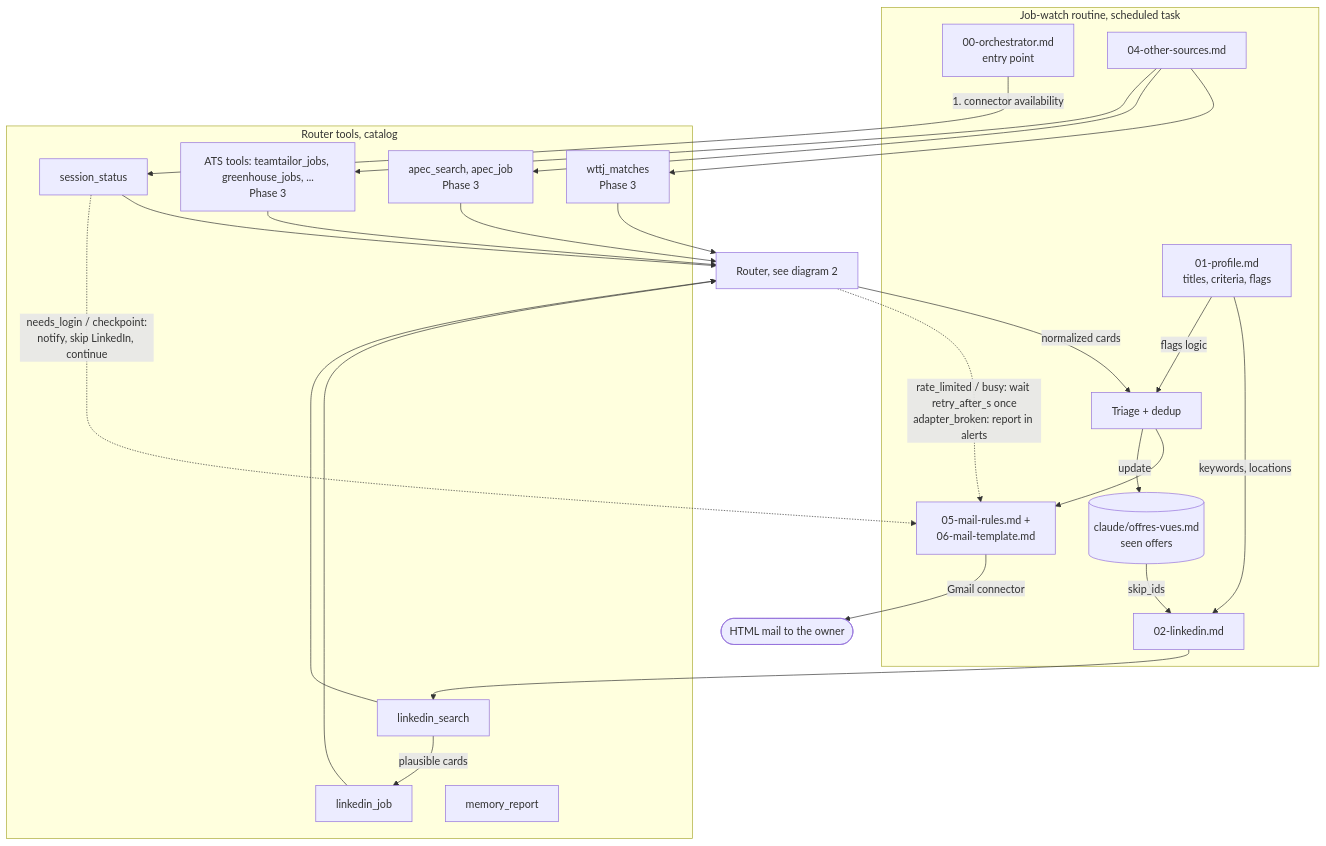
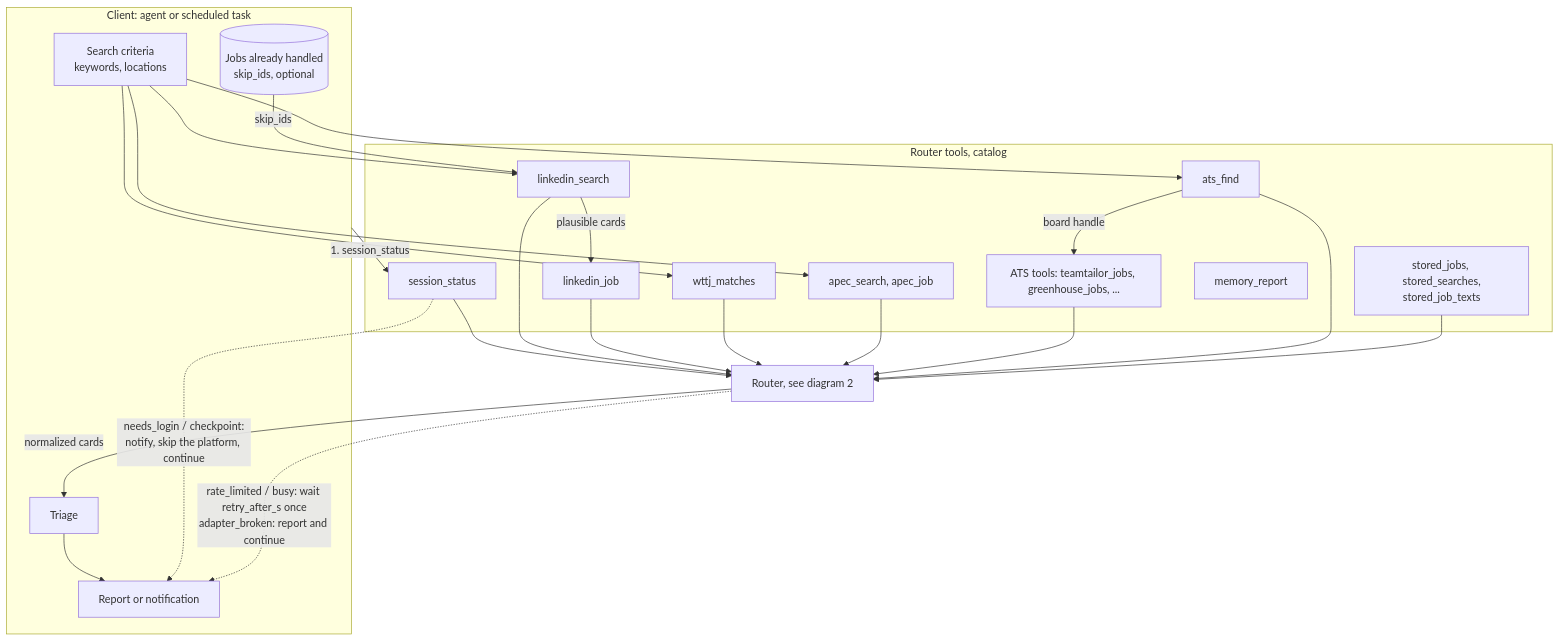
The fifth of 7 diagrams in docs/plans/16-architecture-diagrams.md (notcheu/jobwatch-mcp), drawn with Mermaid before and after one commit. The commit also changed other lines of this file and 36 other files, not shown here.

````diff
--- a/docs/plans/16-architecture-diagrams.md
+++ b/docs/plans/16-architecture-diagrams.md
@@ -188,41 +186,37 @@
 ```mermaid
 flowchart TB
-  subgraph Routine["Job-watch routine, scheduled task"]
-    Orch["00-orchestrator.md<br/>entry point"]
-    Prof["01-profile.md<br/>titles, criteria, flags"]
-    LIs["02-linkedin.md"]
-    Oth["04-other-sources.md"]
-    Mem[("claude/offres-vues.md<br/>seen offers")]
-    Triage["Triage + dedup"]
-    Mail["05-mail-rules.md +<br/>06-mail-template.md"]
+  subgraph Client["Client: agent or scheduled task"]
+    Criteria["Search criteria<br/>keywords, locations"]
+    Seen[("Jobs already handled<br/>skip_ids, optional")]
+    Triage["Triage"]
+    Report["Report or notification"]
   end
 
   subgraph Tools["Router tools, catalog"]
     SS["session_status"]
     LS["linkedin_search"]
     LJ["linkedin_job"]
-    WM["wttj_matches<br/>Phase 3"]
-    AS["apec_search, apec_job<br/>Phase 3"]
-    AJ["ATS tools: teamtailor_jobs, greenhouse_jobs, ...<br/>Phase 3"]
+    WM["wttj_matches"]
+    AS["apec_search, apec_job"]
+    AJ["ATS tools: teamtailor_jobs, greenhouse_jobs, ..."]
+    AF["ats_find"]
+    ST["stored_jobs, stored_searches,<br/>stored_job_texts"]
     MR["memory_report"]
   end
 
-  Orch -- "1. connector availability" --> SS
-  Prof -- "keywords, locations" --> LIs
-  Mem -- "skip_ids" --> LIs
-  LIs --> LS
+  Client -- "1. session_status" --> SS
+  Criteria --> LS
+  Seen -- "skip_ids" --> LS
   LS -- "plausible cards" --> LJ
-  Oth --> WM
-  Oth --> AS
-  Oth --> AJ
+  Criteria --> WM
+  Criteria --> AS
+  AF -- "board handle" --> AJ
+  Criteria --> AF
 
-  SS & LS & LJ & WM & AS & AJ --> RouterBox["Router, see diagram 2"]
+  SS & LS & LJ & WM & AS & AJ & AF & ST --> RouterBox["Router, see diagram 2"]
   RouterBox -- "normalized cards" --> Triage
-  Prof -- "flags logic" --> Triage
-  Triage --> Mail
-  Triage -- "update" --> Mem
-  Mail -- "Gmail connector" --> Out(["HTML mail to the owner"])
+  Triage --> Report
 
-  SS -. "needs_login / checkpoint:<br/>notify, skip LinkedIn, continue" .-> Mail
-  RouterBox -. "rate_limited / busy: wait retry_after_s once<br/>adapter_broken: report in alerts" .-> Mail
+  SS -. "needs_login / checkpoint:<br/>notify, skip the platform, continue" .-> Report
+  RouterBox -. "rate_limited / busy: wait retry_after_s once<br/>adapter_broken: report and continue" .-> Report
 ```
````
